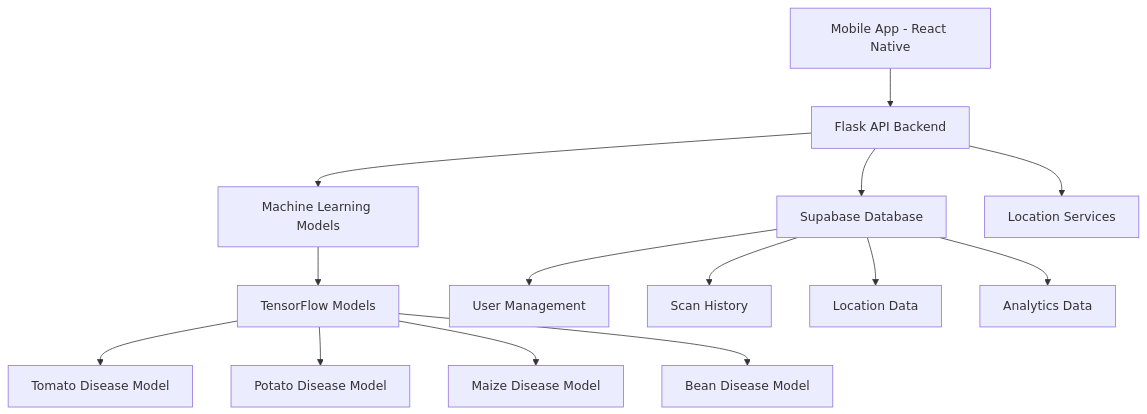
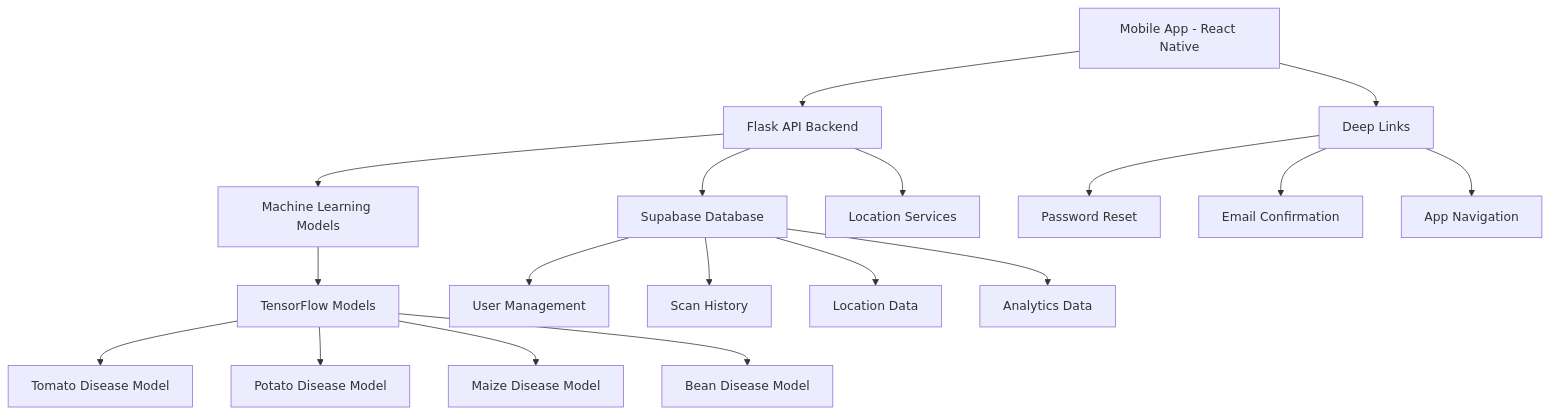
Before and after one commit to davyleroy/Agri-sol: the diagram in README.md, drawn with Mermaid. The commit also changed other lines of this file and 2 other files, not shown here.

````diff
--- a/README.md
+++ b/README.md
@@ -142,18 +185,23 @@
 ```mermaid
 graph TB
     A[Mobile App - React Native] --> B[Flask API Backend]
     B --> C[Machine Learning Models]
     B --> D[Supabase Database]
     B --> E[Location Services]
 
     C --> F[TensorFlow Models]
     F --> G[Tomato Disease Model]
     F --> H[Potato Disease Model]
     F --> I[Maize Disease Model]
     F --> J[Bean Disease Model]
 
     D --> K[User Management]
     D --> L[Scan History]
     D --> M[Location Data]
     D --> N[Analytics Data]
+
+    A --> O[Deep Links]
+    O --> P[Password Reset]
+    O --> Q[Email Confirmation]
+    O --> R[App Navigation]
 ```
````
